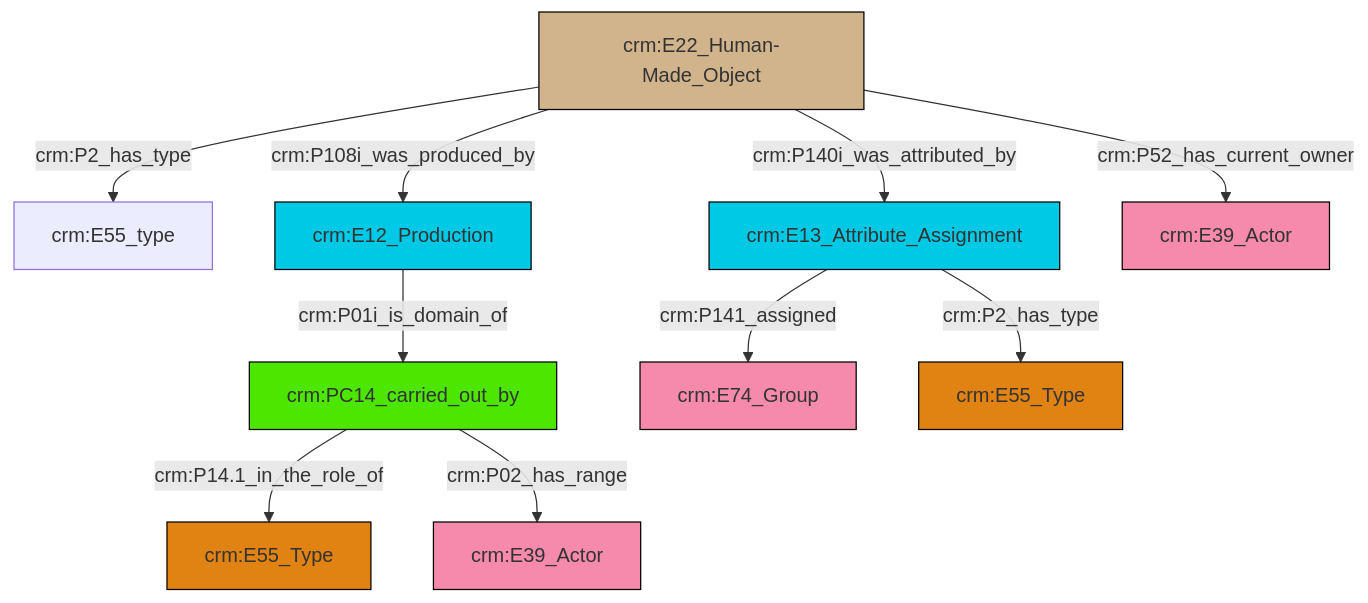
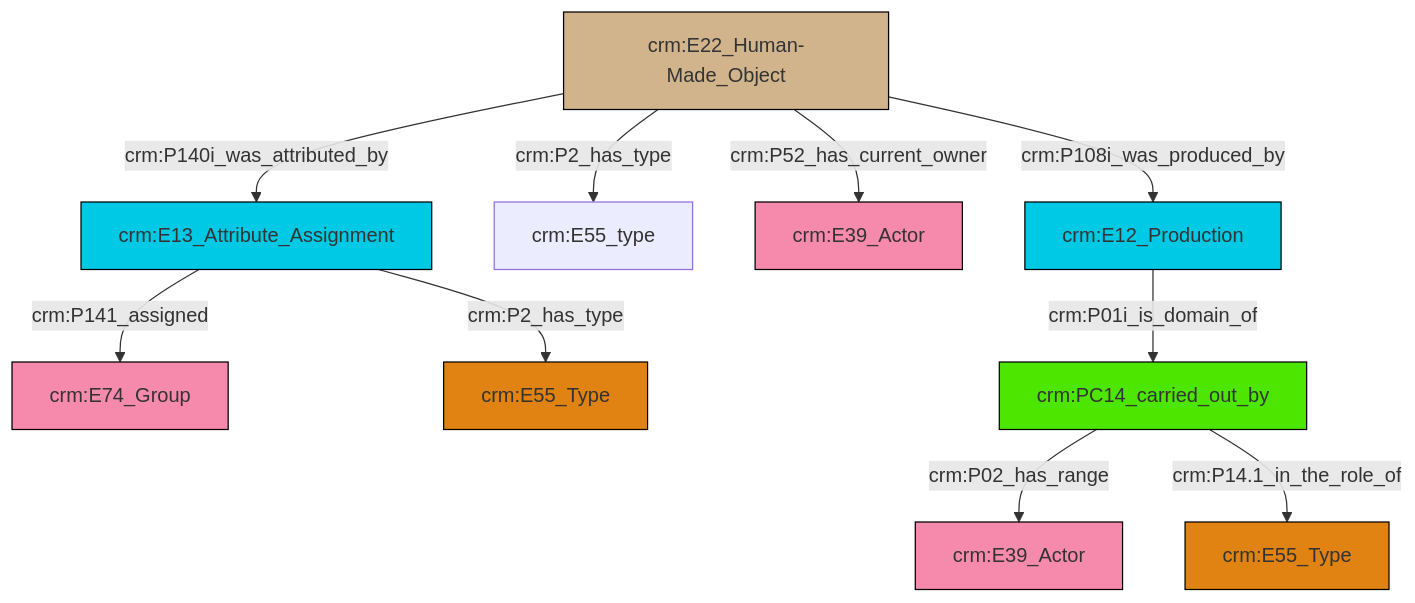
One commit to swiss-art-research-net/reference-data-models changed the diagram in et/builtWorkCSV/ttl/mmd/Built_Work_actor_relations.ttl.mmd. Above: the diagram before and after it, drawn with Mermaid. The commit also changed 124 other files, not shown here.

```diff
--- a/et/builtWorkCSV/ttl/mmd/Built_Work_actor_relations.ttl.mmd
+++ b/et/builtWorkCSV/ttl/mmd/Built_Work_actor_relations.ttl.mmd
@@ -1,24 +1,24 @@
 graph TD
 classDef Literal fill:#f2f2f2,stroke:#000000;
 classDef CRM_Entity fill:#FFFFFF,stroke:#000000;
 classDef Temporal_Entity fill:#00C9E6, stroke:#000000;
 classDef Type fill:#E18312, stroke:#000000;
 classDef Time-Span fill:#2C9C91, stroke:#000000;
 classDef Appellation fill:#FFEB7F, stroke:#000000;
 classDef Place fill:#008836, stroke:#000000;
 classDef Persistent_Item fill:#B266B2, stroke:#000000;
 classDef Conceptual_Object fill:#FFD700, stroke:#000000;
 classDef Physical_Thing fill:#D2B48C, stroke:#000000;
 classDef Actor fill:#f58aad, stroke:#000000;
 classDef PC_Classes fill:#4ce600, stroke:#000000;
 classDef Multi fill:#cccccc,stroke:#000000;
 
-0["crm:E22_Human-Made_Object"]:::Physical_Thing -->|crm:P2_has_type| 1["crm:E55_type"]:::Default
-2["crm:PC14_carried_out_by"]:::PC_Classes -->|crm:P14.1_in_the_role_of| 3["crm:E55_Type"]:::Type
-4["crm:E13_Attribute_Assignment"]:::Temporal_Entity -->|crm:P141_assigned| 5["crm:E74_Group"]:::Actor
-2["crm:PC14_carried_out_by"]:::PC_Classes -->|crm:P02_has_range| 9["crm:E39_Actor"]:::Actor
-0["crm:E22_Human-Made_Object"]:::Physical_Thing -->|crm:P108i_was_produced_by| 7["crm:E12_Production"]:::Temporal_Entity
-4["crm:E13_Attribute_Assignment"]:::Temporal_Entity -->|crm:P2_has_type| 14["crm:E55_Type"]:::Type
-7["crm:E12_Production"]:::Temporal_Entity -->|crm:P01i_is_domain_of| 2["crm:PC14_carried_out_by"]:::PC_Classes
-0["crm:E22_Human-Made_Object"]:::Physical_Thing -->|crm:P140i_was_attributed_by| 4["crm:E13_Attribute_Assignment"]:::Temporal_Entity
-0["crm:E22_Human-Made_Object"]:::Physical_Thing -->|crm:P52_has_current_owner| 17["crm:E39_Actor"]:::Actor
+2["crm:PC14_carried_out_by"]:::PC_Classes -->|crm:P02_has_range| 4["crm:E39_Actor"]:::Actor
+2["crm:PC14_carried_out_by"]:::PC_Classes -->|crm:P14.1_in_the_role_of| 5["crm:E55_Type"]:::Type
+10["crm:E22_Human-Made_Object"]:::Physical_Thing -->|crm:P140i_was_attributed_by| 8["crm:E13_Attribute_Assignment"]:::Temporal_Entity
+8["crm:E13_Attribute_Assignment"]:::Temporal_Entity -->|crm:P141_assigned| 11["crm:E74_Group"]:::Actor
+8["crm:E13_Attribute_Assignment"]:::Temporal_Entity -->|crm:P2_has_type| 0["crm:E55_Type"]:::Type
+10["crm:E22_Human-Made_Object"]:::Physical_Thing -->|crm:P2_has_type| 16["crm:E55_type"]:::Default
+10["crm:E22_Human-Made_Object"]:::Physical_Thing -->|crm:P52_has_current_owner| 17["crm:E39_Actor"]:::Actor
+10["crm:E22_Human-Made_Object"]:::Physical_Thing -->|crm:P108i_was_produced_by| 6["crm:E12_Production"]:::Temporal_Entity
+6["crm:E12_Production"]:::Temporal_Entity -->|crm:P01i_is_domain_of| 2["crm:PC14_carried_out_by"]:::PC_Classes
```
